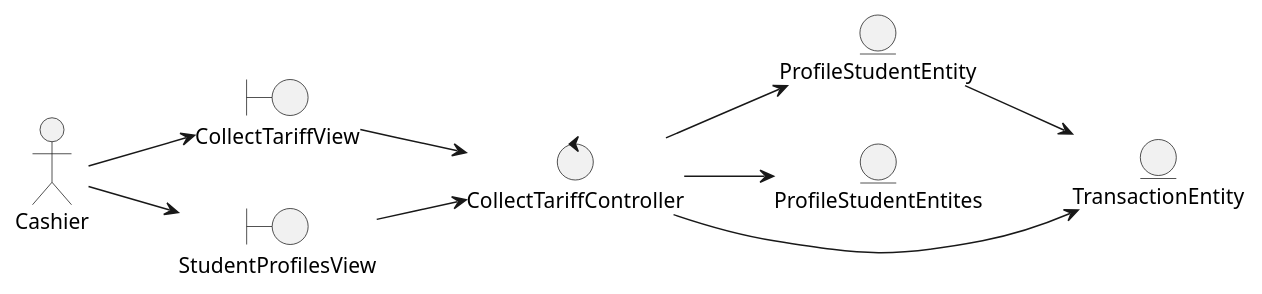
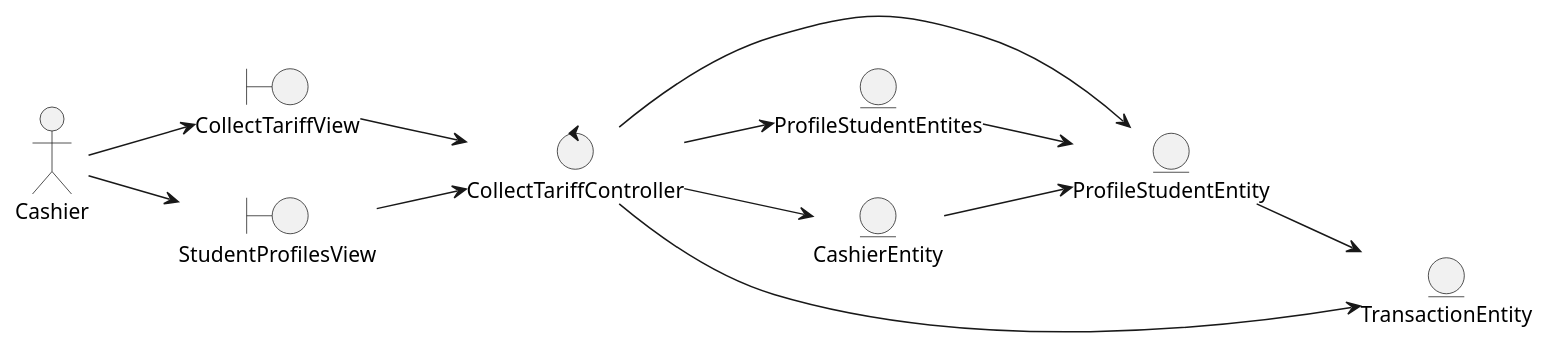
One commit to wsmcbl/wsmcbl.doc changed the diagram in DesignView/AnalysisView/UseCaseAnalysis/CU03. CollectTariffs/Classes.CU03.Analysis.puml. Above: the diagram before and after it, drawn with PlantUML. The commit also changed 3 other files, not shown here.

```diff
--- a/DesignView/AnalysisView/UseCaseAnalysis/CU03. CollectTariffs/Classes.CU03.Analysis.puml
+++ b/DesignView/AnalysisView/UseCaseAnalysis/CU03. CollectTariffs/Classes.CU03.Analysis.puml
@@ -1,27 +1,31 @@
 @startuml
 left to right direction
 
 actor Cashier
 
 boundary CollectTariffView
 boundary StudentProfilesView
 
 control CollectTariffController
 
 entity ProfileStudentEntity
 entity ProfileStudentEntites
 entity TransactionEntity
+entity CashierEntity
 
 
 Cashier --> CollectTariffView
 Cashier --> StudentProfilesView
 
 CollectTariffView --> CollectTariffController
 StudentProfilesView --> CollectTariffController
 
 CollectTariffController --> ProfileStudentEntites
 CollectTariffController --> ProfileStudentEntity
 CollectTariffController --> TransactionEntity
+CollectTariffController --> CashierEntity
 
 ProfileStudentEntity --> TransactionEntity
+CashierEntity --> ProfileStudentEntity
+ProfileStudentEntites --> ProfileStudentEntity
 @enduml
```
